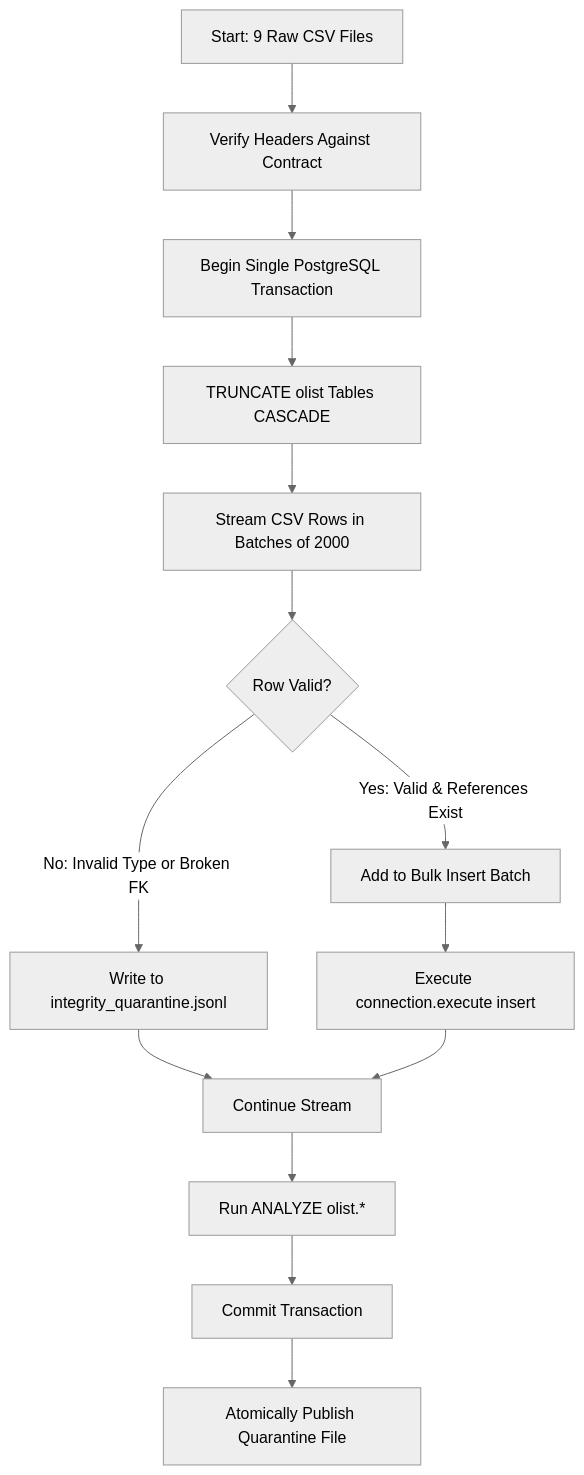
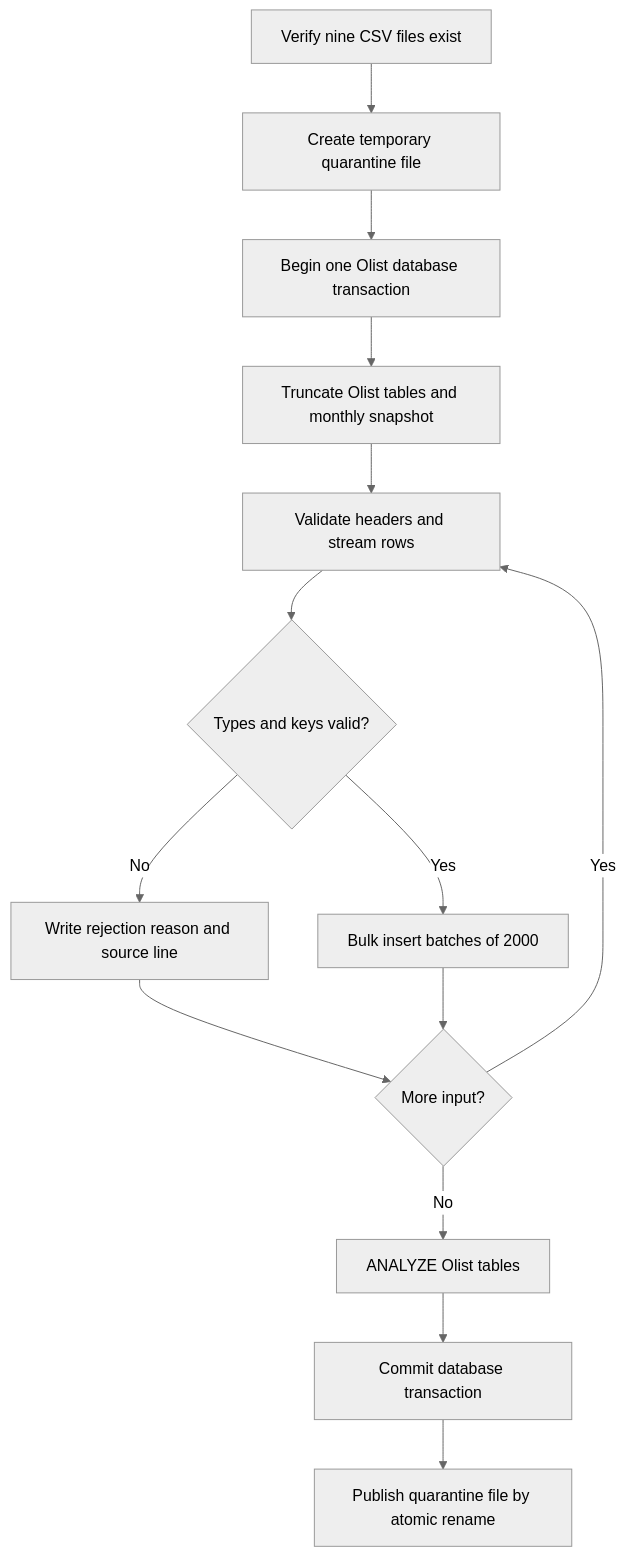
One commit to Parsa-Rajaee/Challenge_S3_FTI changed the second of 2 diagrams in part2/stage-2-database-performance/STAGE2_EXPLAINED.md. Above: the diagram before and after it, drawn with Mermaid (neutral theme). The commit also changed other lines of this file and 3 other files, not shown here.

````diff
--- a/part2/stage-2-database-performance/STAGE2_EXPLAINED.md
+++ b/part2/stage-2-database-performance/STAGE2_EXPLAINED.md
@@ -119,16 +131,16 @@
 ```mermaid
 flowchart TD
-    A[Start: 9 Raw CSV Files] --> B[Verify Headers Against Contract]
-    B --> C[Begin Single PostgreSQL Transaction]
-    C --> D[TRUNCATE olist Tables CASCADE]
-    D --> E[Stream CSV Rows in Batches of 2000]
-    E --> F{Row Valid?}
-    F -- No: Invalid Type or Broken FK --> G[Write to integrity_quarantine.jsonl]
-    F -- Yes: Valid & References Exist --> H[Add to Bulk Insert Batch]
-    H --> I[Execute connection.execute insert]
-    G --> J[Continue Stream]
-    I --> J
-    J --> K[Run ANALYZE olist.*]
-    K --> L[Commit Transaction]
-    L --> M[Atomically Publish Quarantine File]
+    A[Verify nine CSV files exist] --> B[Create temporary quarantine file]
+    B --> C[Begin one Olist database transaction]
+    C --> D[Truncate Olist tables and monthly snapshot]
+    D --> E[Validate headers and stream rows]
+    E --> F{Types and keys valid?}
+    F -- No --> G[Write rejection reason and source line]
+    F -- Yes --> H[Bulk insert batches of 2000]
+    G --> I{More input?}
+    H --> I
+    I -- Yes --> E
+    I -- No --> J[ANALYZE Olist tables]
+    J --> K[Commit database transaction]
+    K --> L[Publish quarantine file by atomic rename]
 ```
````
